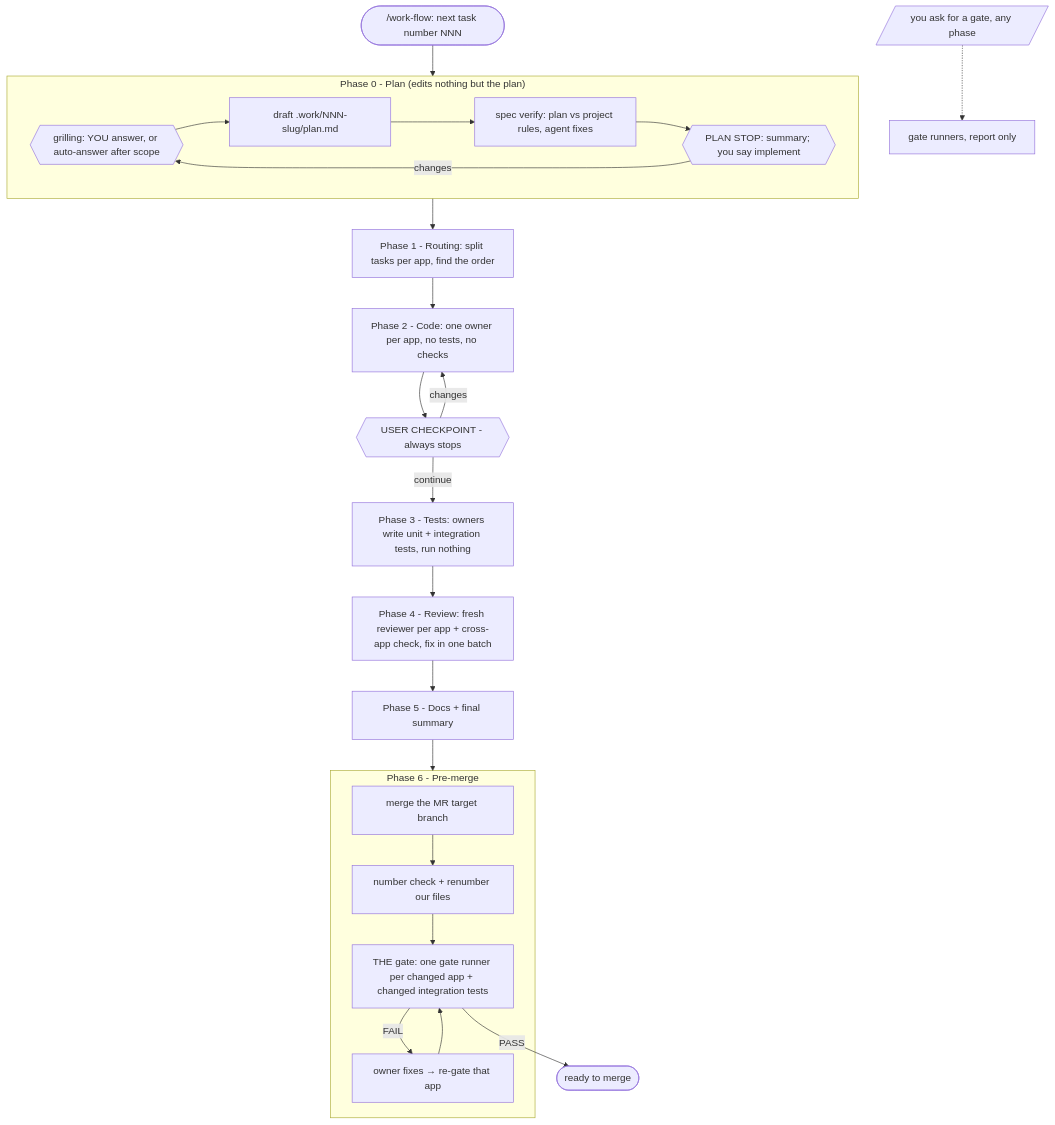
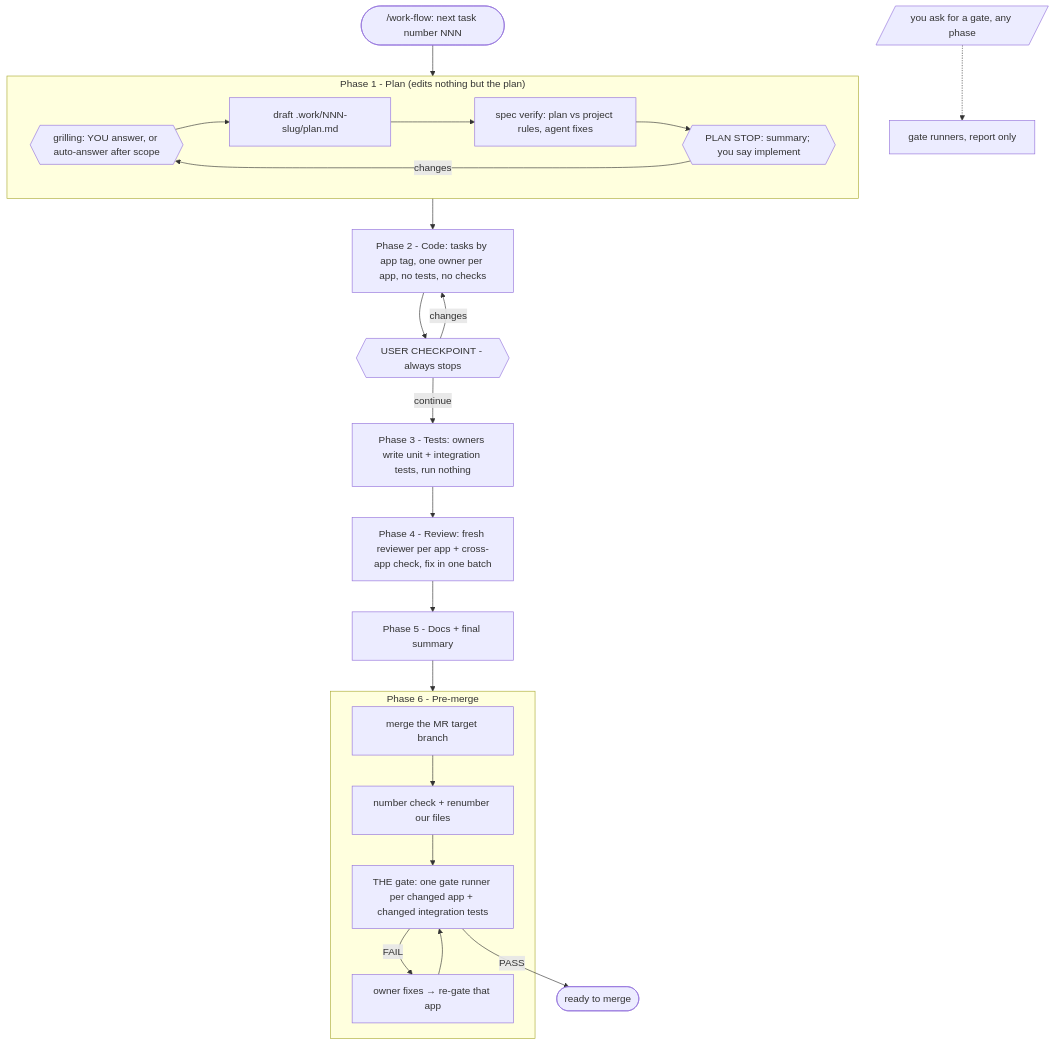
The diagram in plugins/naphatwx-tools/skills/work-flow/README.md (naphatwx/naphatwx-tools), drawn with Mermaid before and after one commit. The commit also changed other lines of this file and 8 other files, not shown here.

````diff
--- a/plugins/naphatwx-tools/skills/work-flow/README.md
+++ b/plugins/naphatwx-tools/skills/work-flow/README.md
@@ -22,29 +22,28 @@
 ```mermaid
 flowchart TD
     START([/work-flow: next task number NNN]) --> P0
-    subgraph P0["Phase 0 - Plan (edits nothing but the plan)"]
+    subgraph P0["Phase 1 - Plan (edits nothing but the plan)"]
         GR{{grilling: YOU answer, or auto-answer after scope}} --> DR[draft .work/NNN-slug/plan.md]
         DR --> VER[spec verify: plan vs project rules, agent fixes]
         VER --> PS{{PLAN STOP: summary; you say implement}}
         PS -->|changes| GR
     end
 
-    P0 --> P1[Phase 1 - Routing: split tasks per app, find the order]
-    P1 --> P2[Phase 2 - Code: one owner per app, no tests, no checks]
+    P0 --> P2[Phase 2 - Code: tasks by app tag, one owner per app, no tests, no checks]
     P2 --> CP{{USER CHECKPOINT - always stops}}
     CP -->|changes| P2
     CP -->|continue| P3[Phase 3 - Tests: owners write unit + integration tests, run nothing]
     P3 --> P4[Phase 4 - Review: fresh reviewer per app + cross-app check, fix in one batch]
     P4 --> P5[Phase 5 - Docs + final summary]
     P5 --> P6
 
     subgraph P6["Phase 6 - Pre-merge"]
         M[merge the MR target branch] --> N[number check + renumber our files]
         N --> G[THE gate: one gate runner per changed app + changed integration tests]
         G -->|FAIL| F[owner fixes → re-gate that app]
         F --> G
     end
 
     G -->|PASS| DONE([ready to merge])
     ASK[/you ask for a gate, any phase/] -.-> ON[gate runners, report only]
 ```
````
